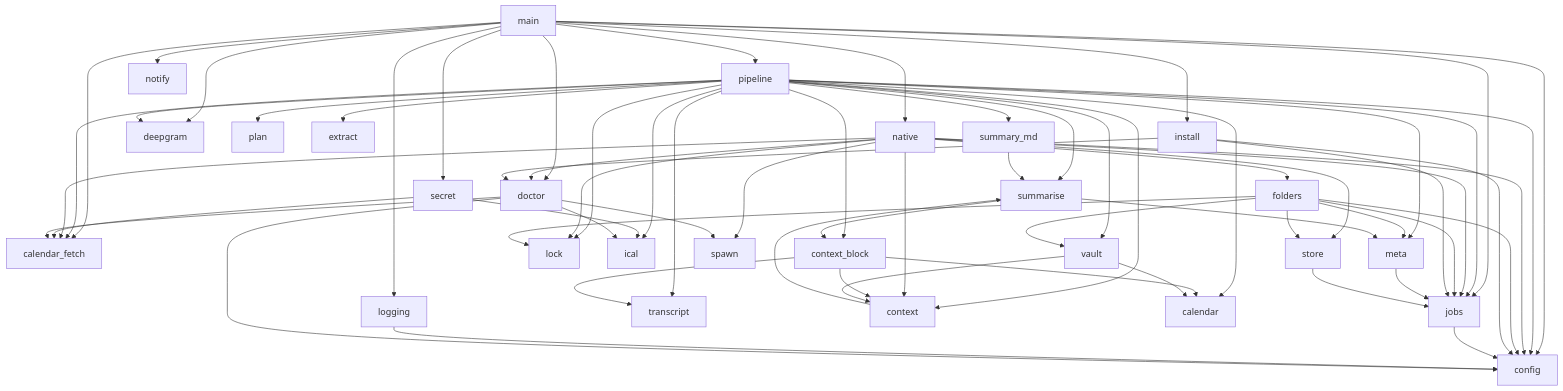
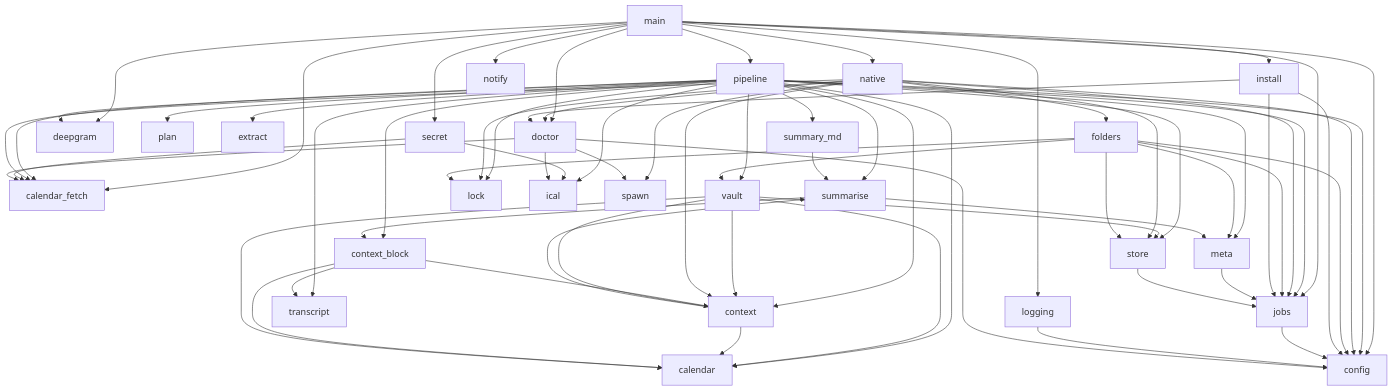
The diagram in docs/tool.md (masnun-siam/meeting-manager), drawn with Mermaid before and after one commit. The commit also changed other lines of this file and 2 other files, not shown here.

Commit message:
docs(#139): describe the pipeline's store writes and calendar_event

````diff
--- a/docs/tool.md
+++ b/docs/tool.md
@@ -64,21 +64,23 @@
 ```mermaid
 flowchart TD
     main --> pipeline & native & install & doctor & notify & logging & secret & deepgram & jobs & config & calendar_fetch
     pipeline --> plan & extract & deepgram & transcript & summarise & summary_md & vault & meta & jobs & lock & config
-    pipeline --> context & calendar_fetch & ical & calendar & context_block
+    pipeline --> context & calendar_fetch & ical & calendar & context_block & store
+    vault --> store & calendar & context
+    context --> calendar
     native --> jobs & lock & doctor & config & context & calendar_fetch & folders & spawn & store
     folders --> store & vault & meta & jobs & lock & config
     secret --> calendar_fetch & ical
     context --> summarise
     summarise --> context_block
     context_block --> context & calendar & transcript
     install --> doctor & jobs & config
     summary_md --> summarise
     summarise --> meta
     meta --> jobs
     store --> jobs
     jobs --> config
     logging --> config
     vault --> calendar & context
     doctor --> config & calendar_fetch & ical & spawn
 ```
````
